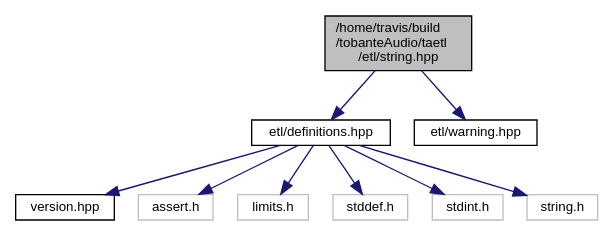
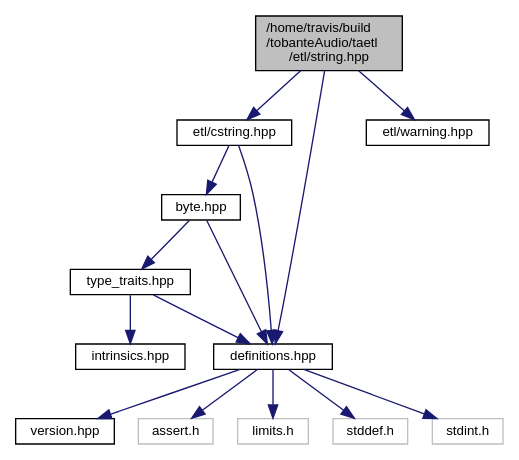
One commit to tobanteAudio/taetl changed the diagram in string_8hpp__incl.dot. Above: the diagram before and after it, drawn with Graphviz. The commit also changed 128 other files, not shown here.

```diff
--- a/string_8hpp__incl.dot
+++ b/string_8hpp__incl.dot
@@ -1,22 +1,31 @@
 digraph "/home/travis/build/tobanteAudio/taetl/etl/string.hpp"
 {
   edge [fontname="Helvetica",fontsize="10",labelfontname="Helvetica",labelfontsize="10"];
   node [fontname="Helvetica",fontsize="10",shape=record];
   Node0 [label="/home/travis/build\l/tobanteAudio/taetl\l/etl/string.hpp",height=0.2,width=0.4,color="black", fillcolor="grey75", style="filled", fontcolor="black"];
   Node0 -> Node1 [color="midnightblue",fontsize="10",style="solid",fontname="Helvetica"];
-  Node1 [label="etl/definitions.hpp",height=0.2,width=0.4,color="black", fillcolor="white", style="filled",URL="$definitions_8hpp.html"];
+  Node1 [label="etl/cstring.hpp",height=0.2,width=0.4,color="black", fillcolor="white", style="filled",URL="$cstring_8hpp.html"];
   Node1 -> Node2 [color="midnightblue",fontsize="10",style="solid",fontname="Helvetica"];
-  Node2 [label="version.hpp",height=0.2,width=0.4,color="black", fillcolor="white", style="filled",URL="$version_8hpp.html"];
+  Node2 [label="byte.hpp",height=0.2,width=0.4,color="black", fillcolor="white", style="filled",URL="$byte_8hpp.html"];
+  Node2 -> Node3 [color="midnightblue",fontsize="10",style="solid",fontname="Helvetica"];
+  Node3 [label="definitions.hpp",height=0.2,width=0.4,color="black", fillcolor="white", style="filled",URL="$definitions_8hpp.html"];
+  Node3 -> Node4 [color="midnightblue",fontsize="10",style="solid",fontname="Helvetica"];
+  Node4 [label="version.hpp",height=0.2,width=0.4,color="black", fillcolor="white", style="filled",URL="$version_8hpp.html"];
+  Node3 -> Node5 [color="midnightblue",fontsize="10",style="solid",fontname="Helvetica"];
+  Node5 [label="assert.h",height=0.2,width=0.4,color="grey75", fillcolor="white", style="filled"];
+  Node3 -> Node6 [color="midnightblue",fontsize="10",style="solid",fontname="Helvetica"];
+  Node6 [label="limits.h",height=0.2,width=0.4,color="grey75", fillcolor="white", style="filled"];
+  Node3 -> Node7 [color="midnightblue",fontsize="10",style="solid",fontname="Helvetica"];
+  Node7 [label="stddef.h",height=0.2,width=0.4,color="grey75", fillcolor="white", style="filled"];
+  Node3 -> Node8 [color="midnightblue",fontsize="10",style="solid",fontname="Helvetica"];
+  Node8 [label="stdint.h",height=0.2,width=0.4,color="grey75", fillcolor="white", style="filled"];
+  Node2 -> Node9 [color="midnightblue",fontsize="10",style="solid",fontname="Helvetica"];
+  Node9 [label="type_traits.hpp",height=0.2,width=0.4,color="black", fillcolor="white", style="filled",URL="$type__traits_8hpp.html"];
+  Node9 -> Node3 [color="midnightblue",fontsize="10",style="solid",fontname="Helvetica"];
+  Node9 -> Node10 [color="midnightblue",fontsize="10",style="solid",fontname="Helvetica"];
+  Node10 [label="intrinsics.hpp",height=0.2,width=0.4,color="black", fillcolor="white", style="filled",URL="$intrinsics_8hpp.html"];
   Node1 -> Node3 [color="midnightblue",fontsize="10",style="solid",fontname="Helvetica"];
-  Node3 [label="assert.h",height=0.2,width=0.4,color="grey75", fillcolor="white", style="filled"];
-  Node1 -> Node4 [color="midnightblue",fontsize="10",style="solid",fontname="Helvetica"];
-  Node4 [label="limits.h",height=0.2,width=0.4,color="grey75", fillcolor="white", style="filled"];
-  Node1 -> Node5 [color="midnightblue",fontsize="10",style="solid",fontname="Helvetica"];
-  Node5 [label="stddef.h",height=0.2,width=0.4,color="grey75", fillcolor="white", style="filled"];
-  Node1 -> Node6 [color="midnightblue",fontsize="10",style="solid",fontname="Helvetica"];
-  Node6 [label="stdint.h",height=0.2,width=0.4,color="grey75", fillcolor="white", style="filled"];
-  Node1 -> Node7 [color="midnightblue",fontsize="10",style="solid",fontname="Helvetica"];
-  Node7 [label="string.h",height=0.2,width=0.4,color="grey75", fillcolor="white", style="filled"];
-  Node0 -> Node8 [color="midnightblue",fontsize="10",style="solid",fontname="Helvetica"];
-  Node8 [label="etl/warning.hpp",height=0.2,width=0.4,color="black", fillcolor="white", style="filled",URL="$warning_8hpp.html"];
+  Node0 -> Node3 [color="midnightblue",fontsize="10",style="solid",fontname="Helvetica"];
+  Node0 -> Node11 [color="midnightblue",fontsize="10",style="solid",fontname="Helvetica"];
+  Node11 [label="etl/warning.hpp",height=0.2,width=0.4,color="black", fillcolor="white", style="filled",URL="$warning_8hpp.html"];
 }
```
